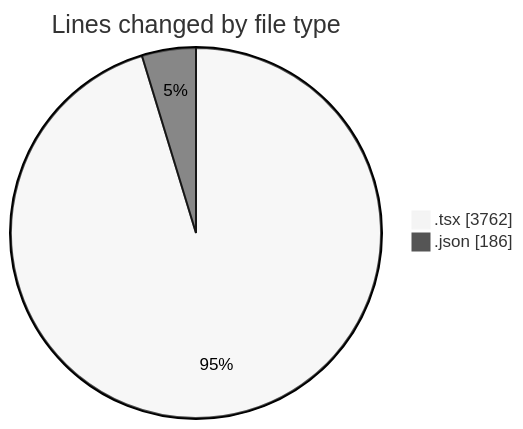
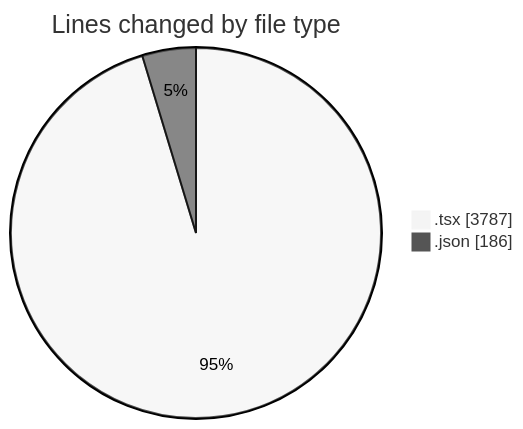
Before and after one commit to momahboobian/code-tracking: the first of 2 diagrams in 2026-08-06/cda/README.md, drawn with Mermaid (neutral theme). The commit also changed other lines of this file and 1 other file, not shown here.

````diff
--- a/2026-08-06/cda/README.md
+++ b/2026-08-06/cda/README.md
@@ -31,6 +31,6 @@
 ```mermaid
 pie showData
 title Lines changed by file type
-".tsx" : 3762
+".tsx" : 3787
 ".json" : 186
 ```
````
